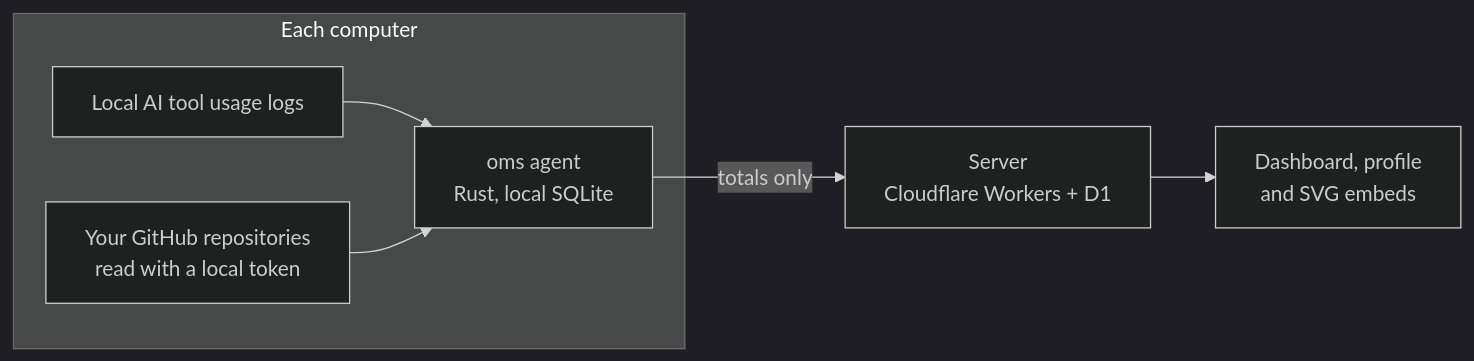
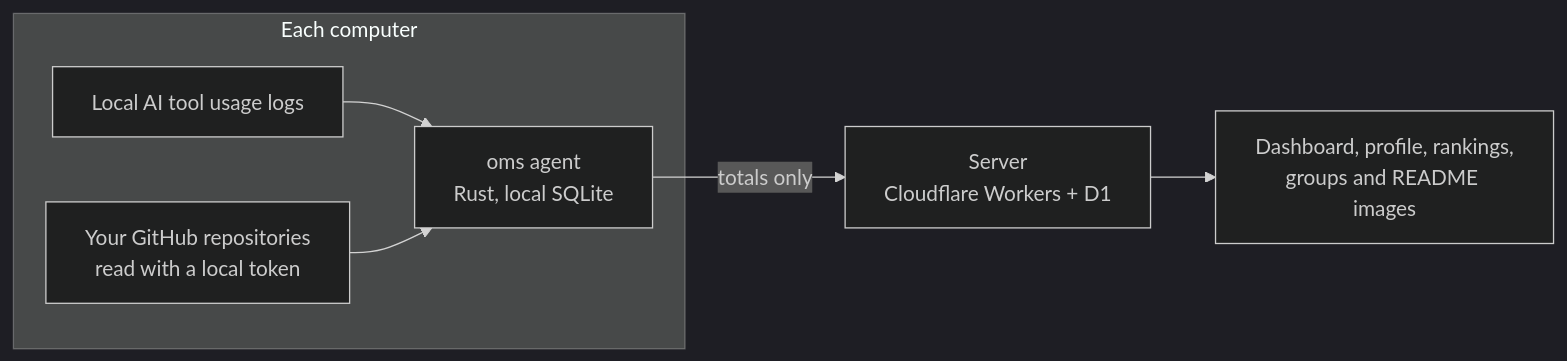
One commit to saintlee83/oh-my-stats changed the diagram in README.md. Above: the diagram before and after it, drawn with Mermaid (dark theme). The commit also changed other lines of this file and 1 other file, not shown here.

````diff
--- a/README.md
+++ b/README.md
@@ -42,9 +49,9 @@
 ```mermaid
 flowchart LR
   subgraph computer ["Each computer"]
     logs["Local AI tool usage logs"] --> agent["oms agent<br/>Rust, local SQLite"]
     repos["Your GitHub repositories<br/>read with a local token"] --> agent
   end
   agent -- "totals only" --> server["Server<br/>Cloudflare Workers + D1"]
-  server --> views["Dashboard, profile<br/>and SVG embeds"]
+  server --> views["Dashboard, profile, rankings,<br/>groups and README images"]
 ```
````
